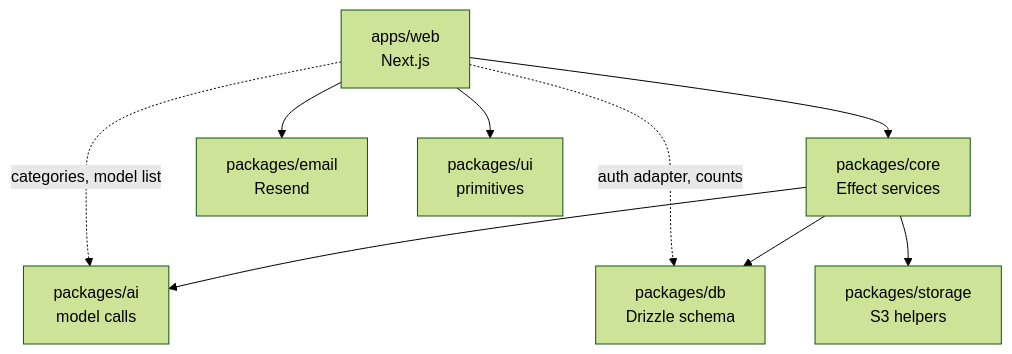
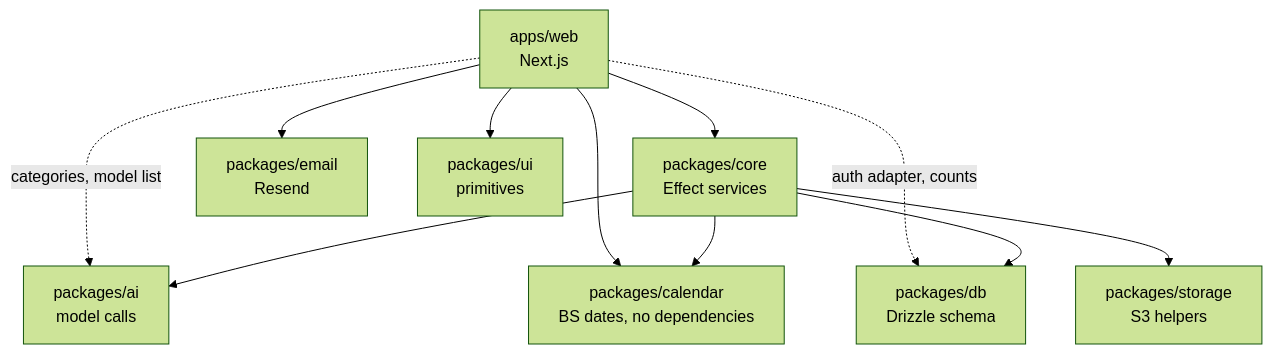
The second of 2 diagrams in docs/architecture/README.md (bhimrazy/receipt-ocr-app), drawn with Mermaid (forest theme) before and after one commit. The commit also changed other lines of this file and 28 other files, not shown here.

Commit message:
refactor: move the Bikram Sambat calendar into packages/calendar

````diff
--- a/docs/architecture/README.md
+++ b/docs/architecture/README.md
@@ -83,19 +83,22 @@
 ```mermaid
 flowchart TD
   web[apps/web<br/>Next.js]
   core[packages/core<br/>Effect services]
   ai[packages/ai<br/>model calls]
   db[packages/db<br/>Drizzle schema]
   storage[packages/storage<br/>S3 helpers]
   email[packages/email<br/>Resend]
   ui[packages/ui<br/>primitives]
+  calendar[packages/calendar<br/>BS dates, no dependencies]
 
   web --> core
   web --> ui
+  web --> calendar
   web --> email
   web -. "auth adapter, counts" .-> db
   web -. "categories, model list" .-> ai
   core --> ai
+  core --> calendar
   core --> db
   core --> storage
 ```
````
